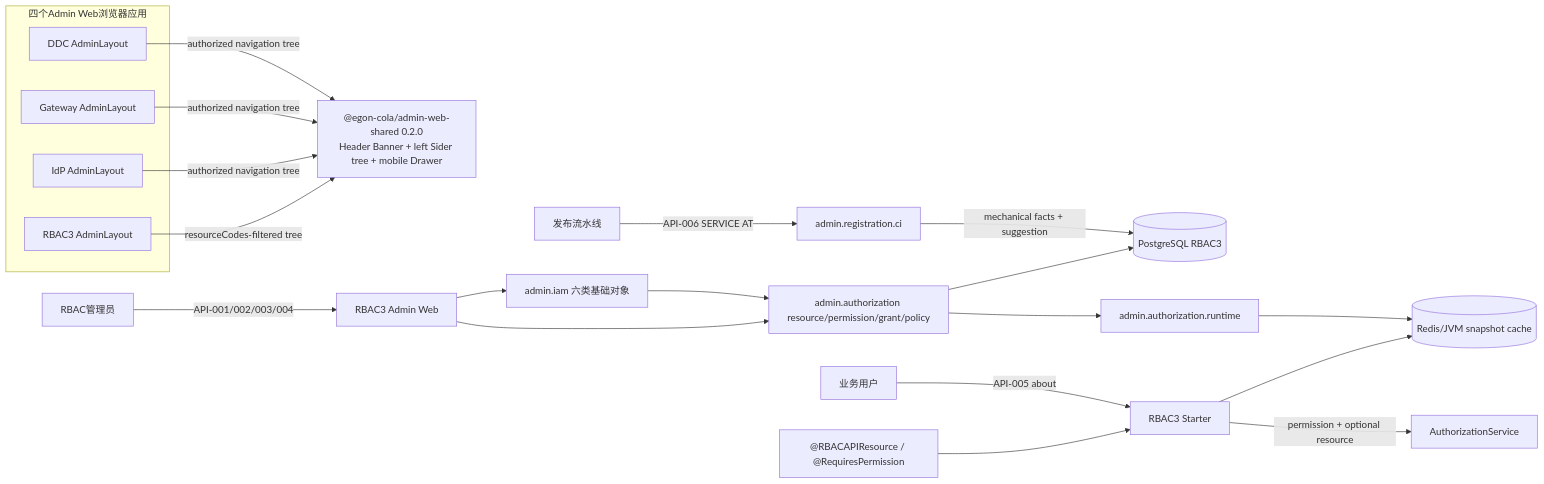
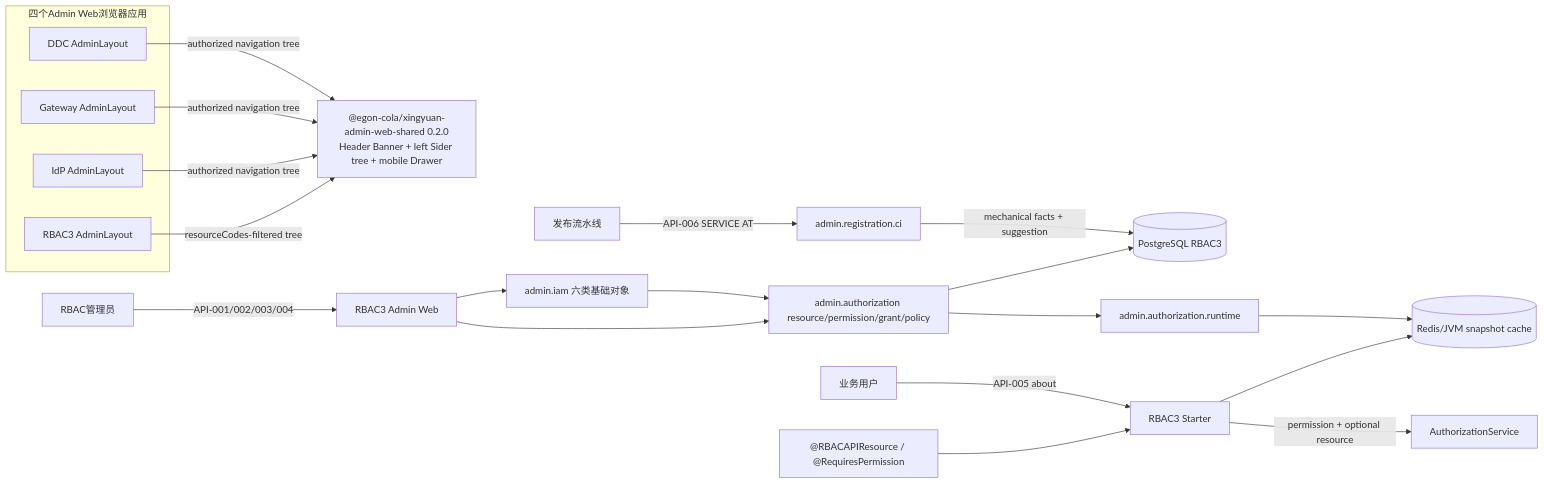
One commit to AllenDEricDAlexander/Egon-COLA changed the second of 7 diagrams in docs/egon/spec/2026-08-24-17-30-rbac3-resource-grants-layering.md. Above: the diagram before and after it, drawn with Mermaid. The commit also changed other lines of this file and 6818 other files, not shown here.

````diff
--- a/docs/egon/spec/2026-08-24-17-30-rbac3-resource-grants-layering.md
+++ b/docs/egon/spec/2026-08-24-17-30-rbac3-resource-grants-layering.md
@@ -352,27 +352,27 @@
 ```mermaid
 flowchart LR
     Admin["RBAC管理员"] -->|"API-001/002/003/004"| Web["RBAC3 Admin Web"]
     CI["发布流水线"] -->|"API-006 SERVICE AT"| Registration["admin.registration.ci"]
     Web --> Iam["admin.iam 六类基础对象"]
     Web --> Authz["admin.authorization resource/permission/grant/policy"]
     Iam --> Authz
     Authz --> DB[("PostgreSQL RBAC3")]
     Registration -->|"mechanical facts + suggestion"| DB
     Authz --> Runtime["admin.authorization.runtime"]
     Runtime --> Cache[("Redis/JVM snapshot cache")]
     User["业务用户"] -->|"API-005 about"| Starter["RBAC3 Starter"]
     Starter --> Cache
     Method["@RBACAPIResource / @RequiresPermission"] --> Starter
     Starter -->|"permission + optional resource"| Decision["AuthorizationService"]
     subgraph AdminWebs["四个Admin Web浏览器应用"]
         DdcWeb["DDC AdminLayout"]
         GatewayWeb["Gateway AdminLayout"]
         IdpWeb["IdP AdminLayout"]
         RbacWeb["RBAC3 AdminLayout"]
     end
-    Shared["@egon-cola/admin-web-shared 0.2.0\nHeader Banner + left Sider tree + mobile Drawer"]
+    Shared["@egon-cola/xingyuan-admin-web-shared 0.2.0\nHeader Banner + left Sider tree + mobile Drawer"]
     DdcWeb -->|"authorized navigation tree"| Shared
     GatewayWeb -->|"authorized navigation tree"| Shared
     IdpWeb -->|"authorized navigation tree"| Shared
     RbacWeb -->|"resourceCodes-filtered tree"| Shared
 ```
````
